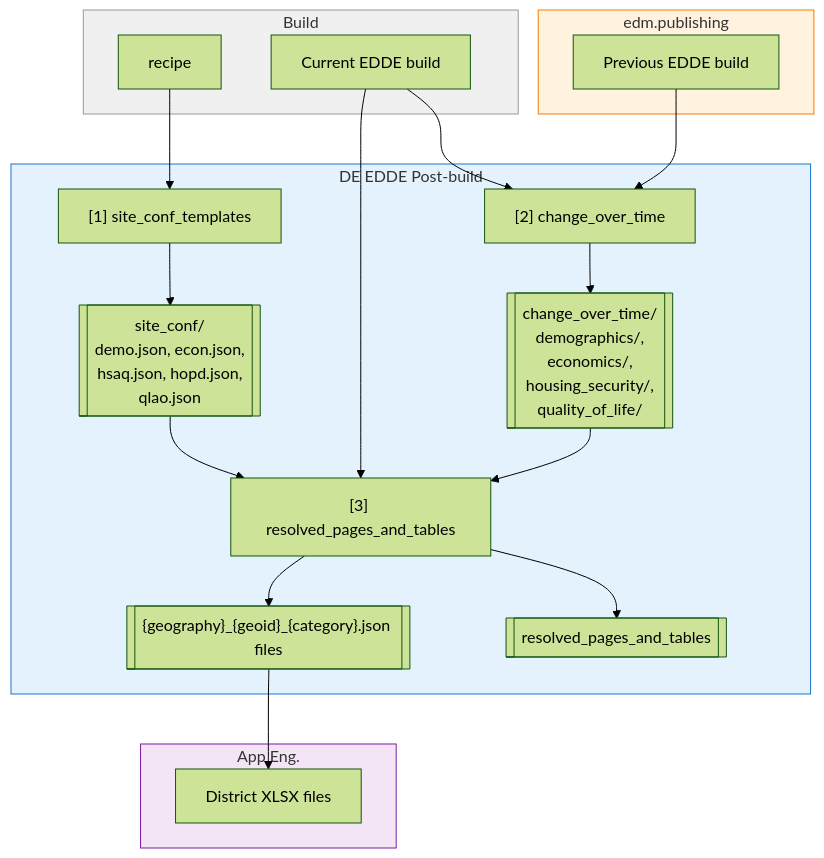
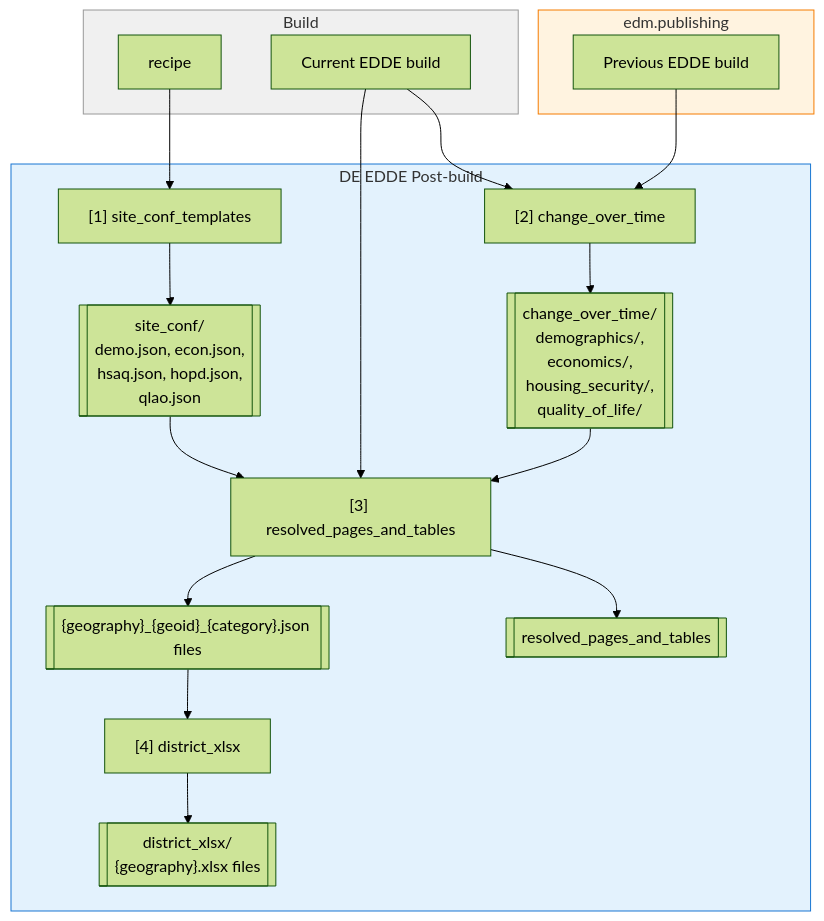
One commit to NYCPlanning/data-engineering changed the diagram in products/edde/packager/README.md. Above: the diagram before and after it, drawn with Mermaid (forest theme). The commit also changed other lines of this file and 6 other files, not shown here.

````diff
--- a/products/edde/packager/README.md
+++ b/products/edde/packager/README.md
@@ -7,46 +7,44 @@
 ```mermaid
 flowchart TD
     subgraph store[" edm.publishing "]
         old[Previous EDDE build]
     end
 
     subgraph build[" Build "]
         recipe[recipe]
         new[Current EDDE build]
     end
 
     subgraph postbuild[" DE EDDE Post-build "]
         step1["[1] site_conf_templates"]
         step2["[2] change_over_time"]
         step3["[3] resolved_pages_and_tables"]
+        step4["[4] district_xlsx"]
 
         out1[["site_conf/<br/>demo.json, econ.json,<br/>hsaq.json, hopd.json,<br/>qlao.json"]]
         out2[["change_over_time/<br/>demographics/,<br/>economics/,<br/>housing_security/,<br/>quality_of_life/"]]
         out3[["resolved_pages_and_tables"]]
         out4[["{geography}_{geoid}_{category}.json files"]]
-    end
-
-    subgraph appeng[" App Eng. "]
-        xlsx[District XLSX files]
+        out5[["district_xlsx/<br/>{geography}.xlsx files"]]
     end
 
     recipe --> step1
     step1 --> out1
 
     old --> step2
     new --> step2
     step2 --> out2
 
     out1 --> step3
     out2 --> step3
     new --> step3
     step3 --> out3
     step3 --> out4
 
-    out4 --> xlsx
+    out4 --> step4
+    step4 --> out5
 
     style store fill:#fff3e0,stroke:#f57c00
     style build fill:#f0f0f0,stroke:#999
     style postbuild fill:#e3f2fd,stroke:#1976d2
-    style appeng fill:#f3e5f5,stroke:#7b1fa2
 ```
````
